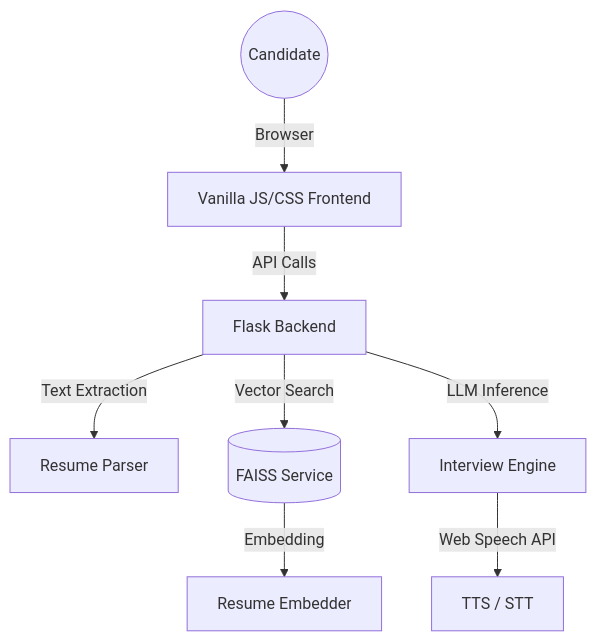
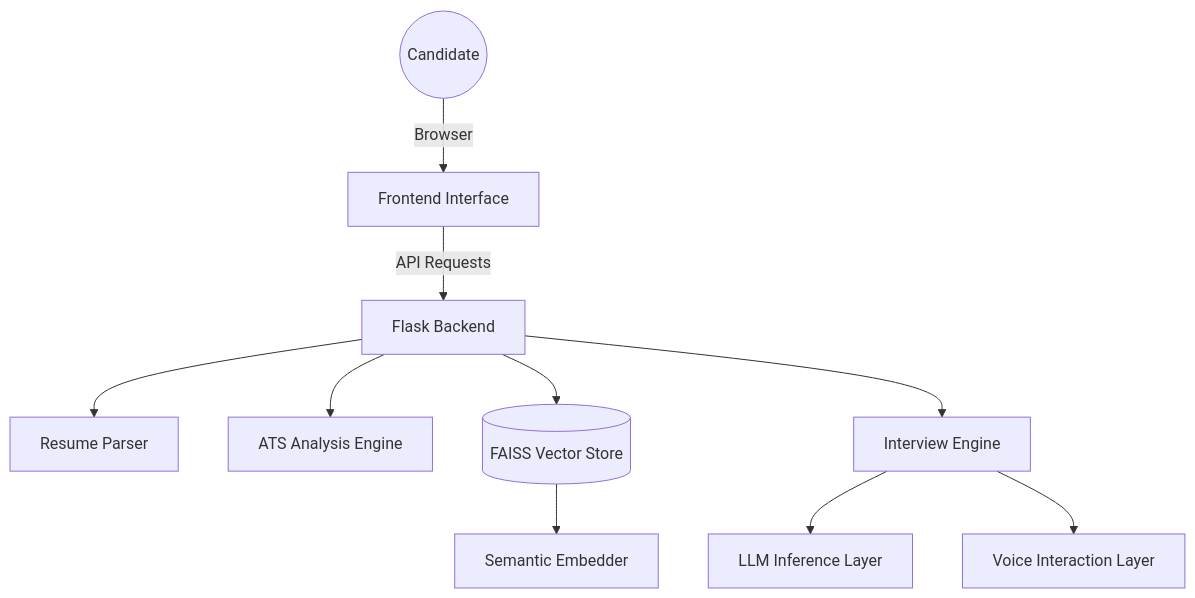
The diagram in README.md (deepak050805/HireIntel-AI), drawn with Mermaid before and after one commit. The commit also changed other lines of this file, not shown here.

````diff
--- a/README.md
+++ b/README.md
@@ -59,10 +92,15 @@
 ```mermaid
 graph TD
-    User((Candidate)) -->|Browser| UI[Vanilla JS/CSS Frontend]
-    UI -->|API Calls| API[Flask Backend]
-    API -->|Text Extraction| Parser[Resume Parser]
-    API -->|Vector Search| FAISS[(FAISS Service)]
-    API -->|LLM Inference| Engine[Interview Engine]
-    Engine -->|Web Speech API| Voice[TTS / STT]
-    FAISS -->|Embedding| Embedder[Resume Embedder]
+    User((Candidate)) -->|Browser| UI[Frontend Interface]
+    UI -->|API Requests| API[Flask Backend]
+
+    API --> Parser[Resume Parser]
+    API --> ATS[ATS Analysis Engine]
+    API --> FAISS[(FAISS Vector Store)]
+    API --> Engine[Interview Engine]
+
+    Engine --> LLM[LLM Inference Layer]
+    Engine --> Voice[Voice Interaction Layer]
+
+    FAISS --> Embedder[Semantic Embedder]
 ```
````
